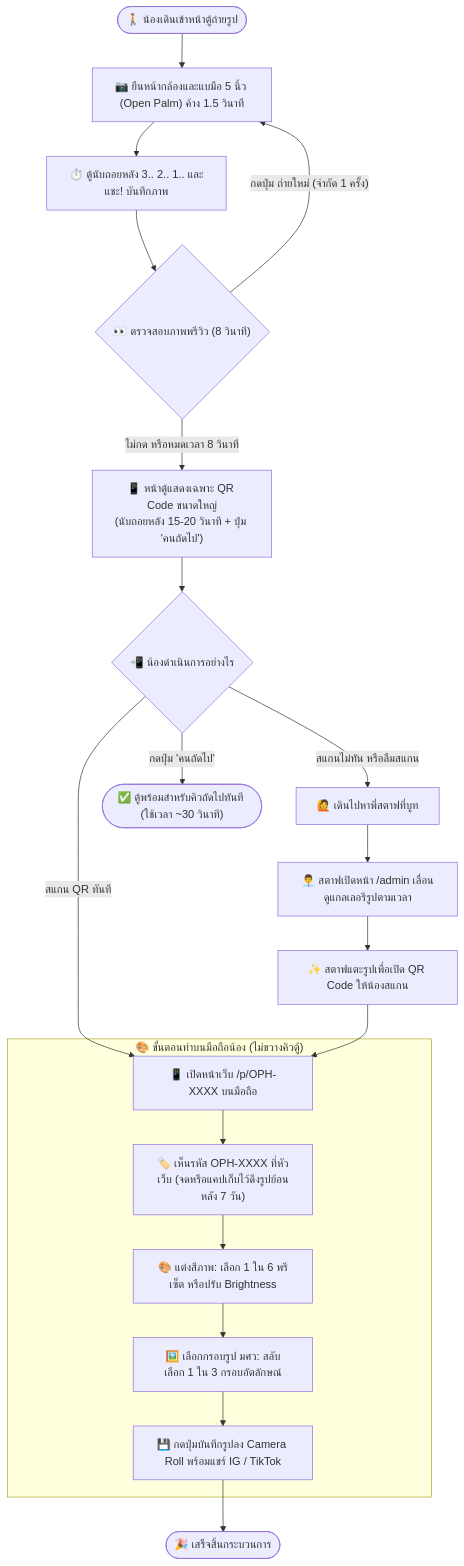
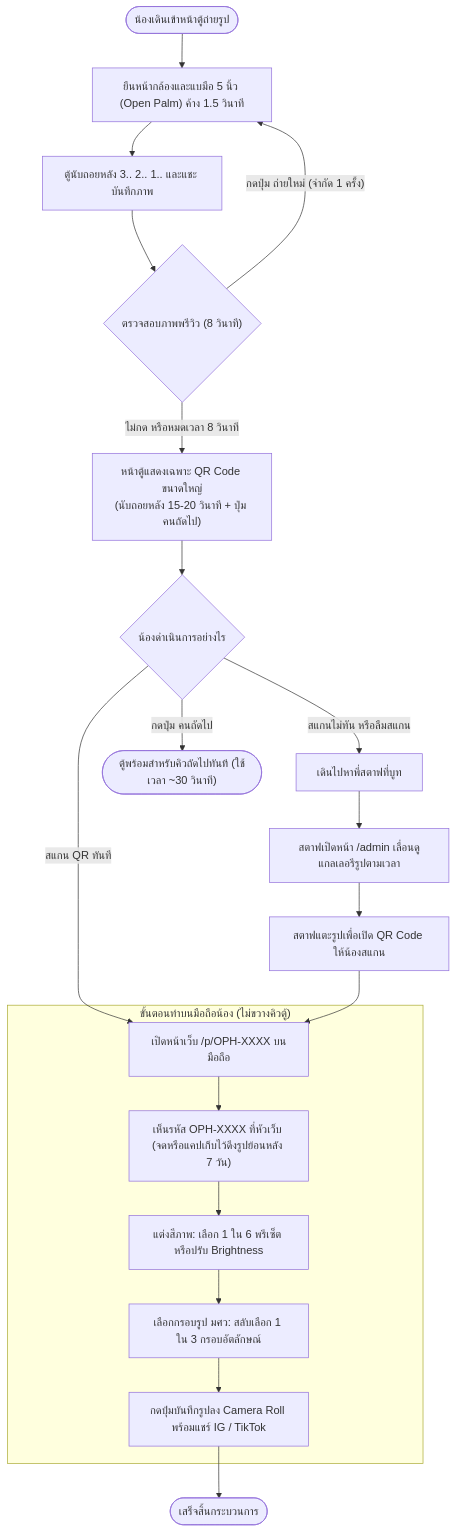
Before and after one commit to icelandz9/swu-openhouse: the second of 2 diagrams in README.md, drawn with Mermaid. The commit also changed other lines of this file, not shown here.

Commit message:
docs: strip emojis and verbose explanations from README, keep only clean headings and diagrams

````diff
--- a/README.md
+++ b/README.md
@@ -47,27 +35,27 @@
 ```mermaid
 flowchart TD
-    A(["🚶 น้องเดินเข้าหน้าตู้ถ่ายรูป"]) --> B["📷 ยืนหน้ากล้องและแบมือ 5 นิ้ว (Open Palm) ค้าง 1.5 วินาที"]
-    B --> C["⏱️ ตู้นับถอยหลัง 3.. 2.. 1.. และแชะ! บันทึกภาพ"]
-    C --> D{"👀 ตรวจสอบภาพพรีวิว (8 วินาที)"}
+    A(["น้องเดินเข้าหน้าตู้ถ่ายรูป"]) --> B["ยืนหน้ากล้องและแบมือ 5 นิ้ว (Open Palm) ค้าง 1.5 วินาที"]
+    B --> C["ตู้นับถอยหลัง 3.. 2.. 1.. และแชะ บันทึกภาพ"]
+    C --> D{"ตรวจสอบภาพพรีวิว (8 วินาที)"}
     
     D -->|"กดปุ่ม ถ่ายใหม่ (จำกัด 1 ครั้ง)"| B
-    D -->|"ไม่กด หรือหมดเวลา 8 วินาที"| E["📱 หน้าตู้แสดงเฉพาะ QR Code ขนาดใหญ่<br>(นับถอยหลัง 15-20 วินาที + ปุ่ม 'คนถัดไป')"]
+    D -->|"ไม่กด หรือหมดเวลา 8 วินาที"| E["หน้าตู้แสดงเฉพาะ QR Code ขนาดใหญ่<br>(นับถอยหลัง 15-20 วินาที + ปุ่ม คนถัดไป)"]
 
-    E --> F{"📲 น้องดำเนินการอย่างไร"}
-    F -->|"สแกน QR ทันที"| G["📱 เปิดหน้าเว็บ /p/OPH-XXXX บนมือถือ"]
-    F -->|"สแกนไม่ทัน หรือลืมสแกน"| H["🙋 เดินไปหาพี่สตาฟที่บูท"]
-    F -->|"กดปุ่ม 'คนถัดไป'"| NextPerson(["✅ ตู้พร้อมสำหรับคิวถัดไปทันที (ใช้เวลา ~30 วินาที)"])
+    E --> F{"น้องดำเนินการอย่างไร"}
+    F -->|"สแกน QR ทันที"| G["เปิดหน้าเว็บ /p/OPH-XXXX บนมือถือ"]
+    F -->|"สแกนไม่ทัน หรือลืมสแกน"| H["เดินไปหาพี่สตาฟที่บูท"]
+    F -->|"กดปุ่ม คนถัดไป"| NextPerson(["ตู้พร้อมสำหรับคิวถัดไปทันที (ใช้เวลา ~30 วินาที)"])
 
-    H --> I["👨‍💼 สตาฟเปิดหน้า /admin เลื่อนดูแกลเลอรีรูปตามเวลา"]
-    I --> J["✨ สตาฟแตะรูปเพื่อเปิด QR Code ให้น้องสแกน"]
+    H --> I["สตาฟเปิดหน้า /admin เลื่อนดูแกลเลอรีรูปตามเวลา"]
+    I --> J["สตาฟแตะรูปเพื่อเปิด QR Code ให้น้องสแกน"]
     J --> G
 
-    subgraph MobileCustomization["🎨 ขั้นตอนทำบนมือถือน้อง (ไม่ขวางคิวตู้)"]
-        G --> M1["🏷️ เห็นรหัส OPH-XXXX ที่หัวเว็บ (จดหรือแคปเก็บไว้ดึงรูปย้อนหลัง 7 วัน)"]
-        M1 --> M2["🎨 แต่งสีภาพ: เลือก 1 ใน 6 พรีเซ็ต หรือปรับ Brightness"]
-        M2 --> M3["🖼️ เลือกกรอบรูป มศว: สลับเลือก 1 ใน 3 กรอบอัตลักษณ์"]
-        M3 --> M4["💾 กดปุ่มบันทึกรูปลง Camera Roll พร้อมแชร์ IG / TikTok"]
+    subgraph MobileCustomization["ขั้นตอนทำบนมือถือน้อง (ไม่ขวางคิวตู้)"]
+        G --> M1["เห็นรหัส OPH-XXXX ที่หัวเว็บ (จดหรือแคปเก็บไว้ดึงรูปย้อนหลัง 7 วัน)"]
+        M1 --> M2["แต่งสีภาพ: เลือก 1 ใน 6 พรีเซ็ต หรือปรับ Brightness"]
+        M2 --> M3["เลือกกรอบรูป มศว: สลับเลือก 1 ใน 3 กรอบอัตลักษณ์"]
+        M3 --> M4["กดปุ่มบันทึกรูปลง Camera Roll พร้อมแชร์ IG / TikTok"]
     end
 
-    M4 --> End(["🎉 เสร็จสิ้นกระบวนการ"])
+    M4 --> End(["เสร็จสิ้นกระบวนการ"])
 ```
````
